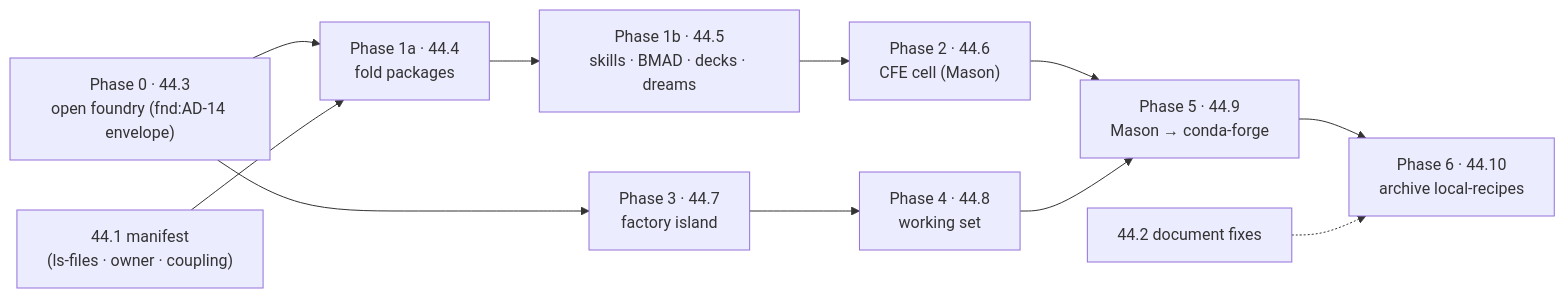
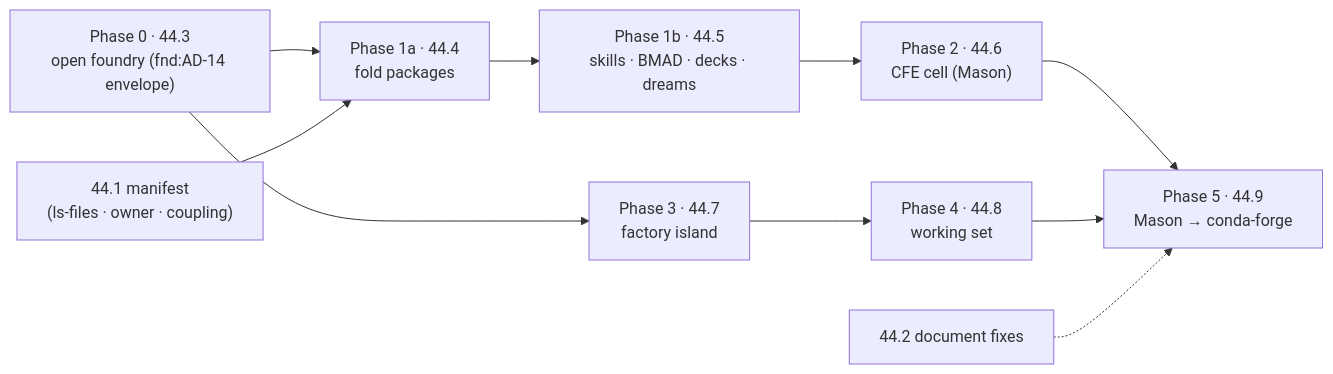
One commit to rxm7706/local-recipes changed the fifth of 11 diagrams in _bmad-output/projects/pyforge-steward/planning-artifacts/architecture/architecture-pyforge-steward-2026-07-25/ARCHITECTURE-SPINE.md. Above: the diagram before and after it, drawn with Mermaid. The commit also changed other lines of this file and 4 other files, not shown here.

````diff
--- a/_bmad-output/projects/pyforge-steward/planning-artifacts/architecture/architecture-pyforge-steward-2026-07-25/ARCHITECTURE-SPINE.md
+++ b/_bmad-output/projects/pyforge-steward/planning-artifacts/architecture/architecture-pyforge-steward-2026-07-25/ARCHITECTURE-SPINE.md
@@ -855,13 +855,12 @@
 ```mermaid
 flowchart LR
   P0["Phase 0 · 44.3<br/>open foundry (fnd:AD-14 envelope)"] --> P1a["Phase 1a · 44.4<br/>fold packages"]
   M["44.1 manifest<br/>(ls-files · owner · coupling)"] --> P1a
   P1a --> P1b["Phase 1b · 44.5<br/>skills · BMAD · decks · dreams"]
   P1b --> P2["Phase 2 · 44.6<br/>CFE cell (Mason)"]
   P0 --> P3["Phase 3 · 44.7<br/>factory island"]
   P3 --> P4["Phase 4 · 44.8<br/>working set"]
   P2 --> P5["Phase 5 · 44.9<br/>Mason → conda-forge"]
   P4 --> P5
-  P5 --> P6["Phase 6 · 44.10<br/>archive local-recipes"]
-  D["44.2 document fixes"] -.-> P6
+  D["44.2 document fixes"] -.-> P5
 ```
````
